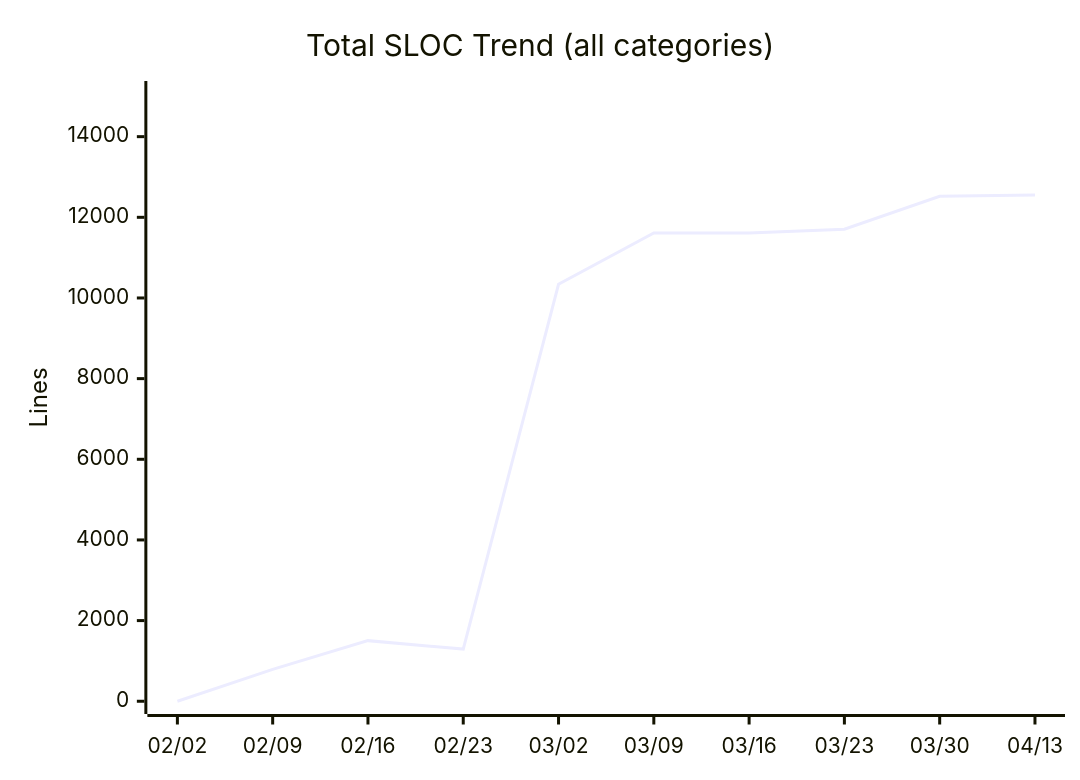
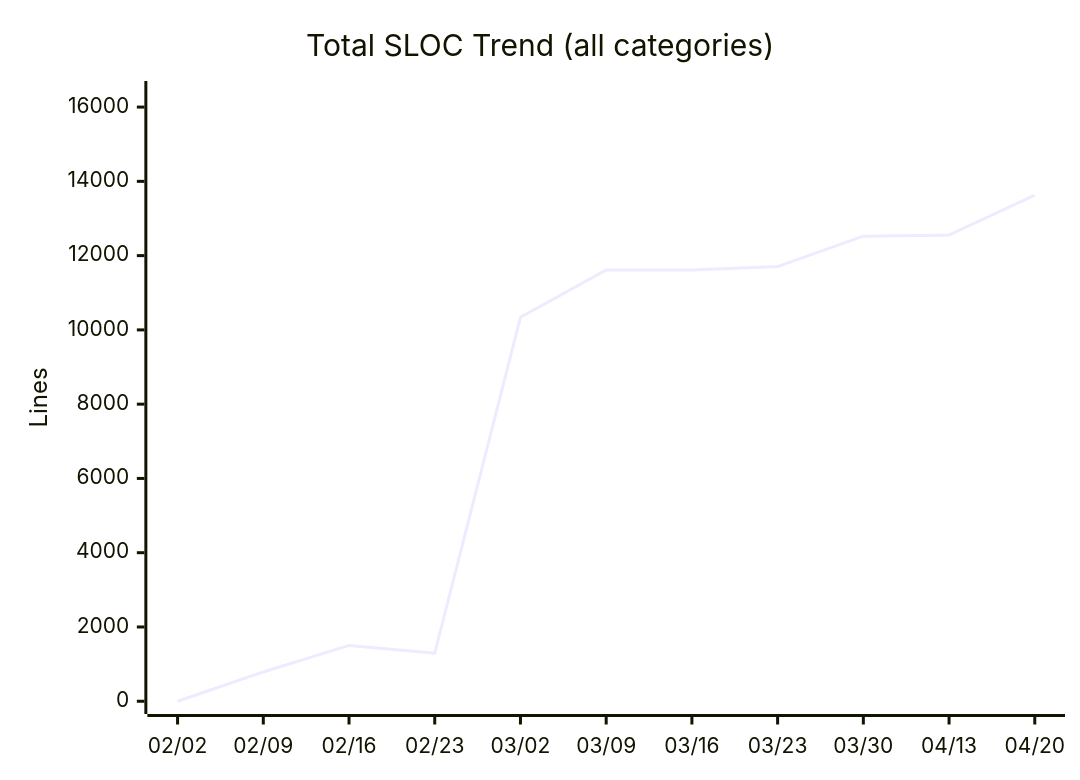
The eighth of 14 diagrams in docs/metrics.md (nablarch/nabledge-dev), drawn with Mermaid before and after one commit. The commit also changed other lines of this file and 2 other files, not shown here.

````diff
--- a/docs/metrics.md
+++ b/docs/metrics.md
@@ -121,7 +121,7 @@
 ```mermaid
 xychart-beta
   title "Total SLOC Trend (all categories)"
-  x-axis ["02/02", "02/09", "02/16", "02/23", "03/02", "03/09", "03/16", "03/23", "03/30", "04/13"]
-  y-axis "Lines" 0 --> 15064
-  line [0, 789, 1503, 1293, 10339, 11613, 11613, 11704, 12523, 12553]
+  x-axis ["02/02", "02/09", "02/16", "02/23", "03/02", "03/09", "03/16", "03/23", "03/30", "04/13", "04/20"]
+  y-axis "Lines" 0 --> 16359
+  line [0, 789, 1503, 1293, 10339, 11613, 11613, 11704, 12523, 12553, 13632]
 ```
````
